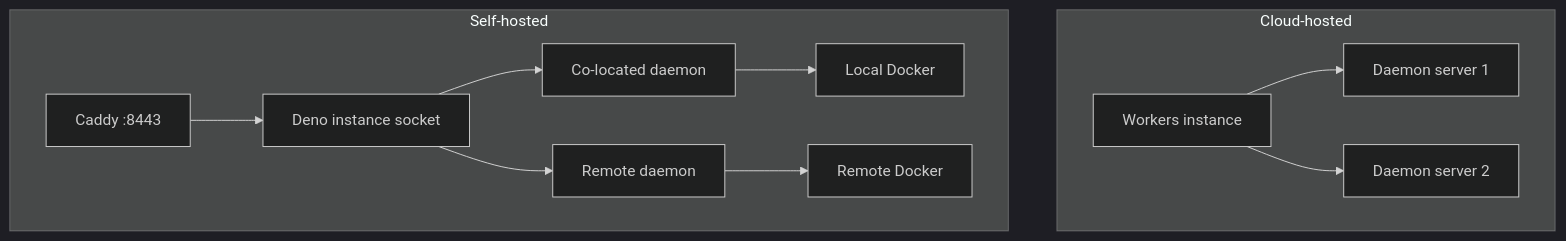
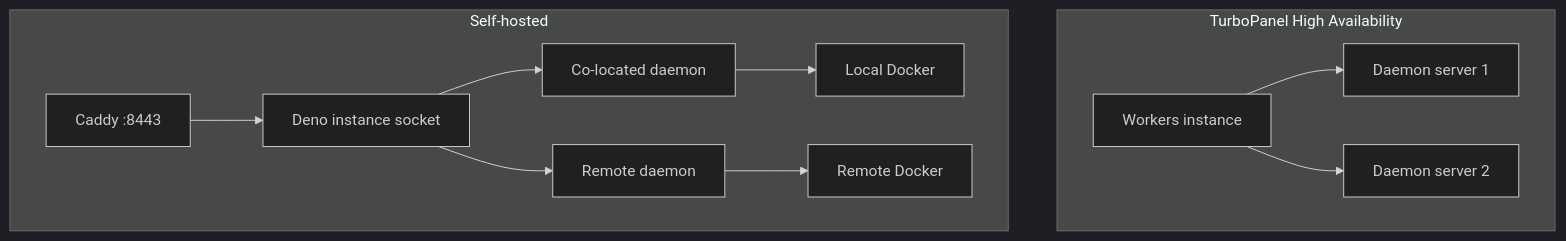
The diagram in docs/getting-started/introduction.mdx (TurboPanel/website), drawn with Mermaid (dark theme) before and after one commit. The commit also changed other lines of this file and 15 other files, not shown here.

````diff
--- a/docs/getting-started/introduction.mdx
+++ b/docs/getting-started/introduction.mdx
@@ -50,15 +50,15 @@
 ```mermaid
 graph TB
-    subgraph "Cloud-hosted"
+    subgraph "TurboPanel High Availability"
         W[Workers instance] --> D1[Daemon server 1]
         W --> D2[Daemon server 2]
     end
 
     subgraph "Self-hosted"
         C[Caddy :8443] --> I[Deno instance socket]
         I --> CD[Co-located daemon]
         I --> D3[Remote daemon]
         CD --> Docker1[Local Docker]
         D3 --> Docker2[Remote Docker]
     end
 ```
````
